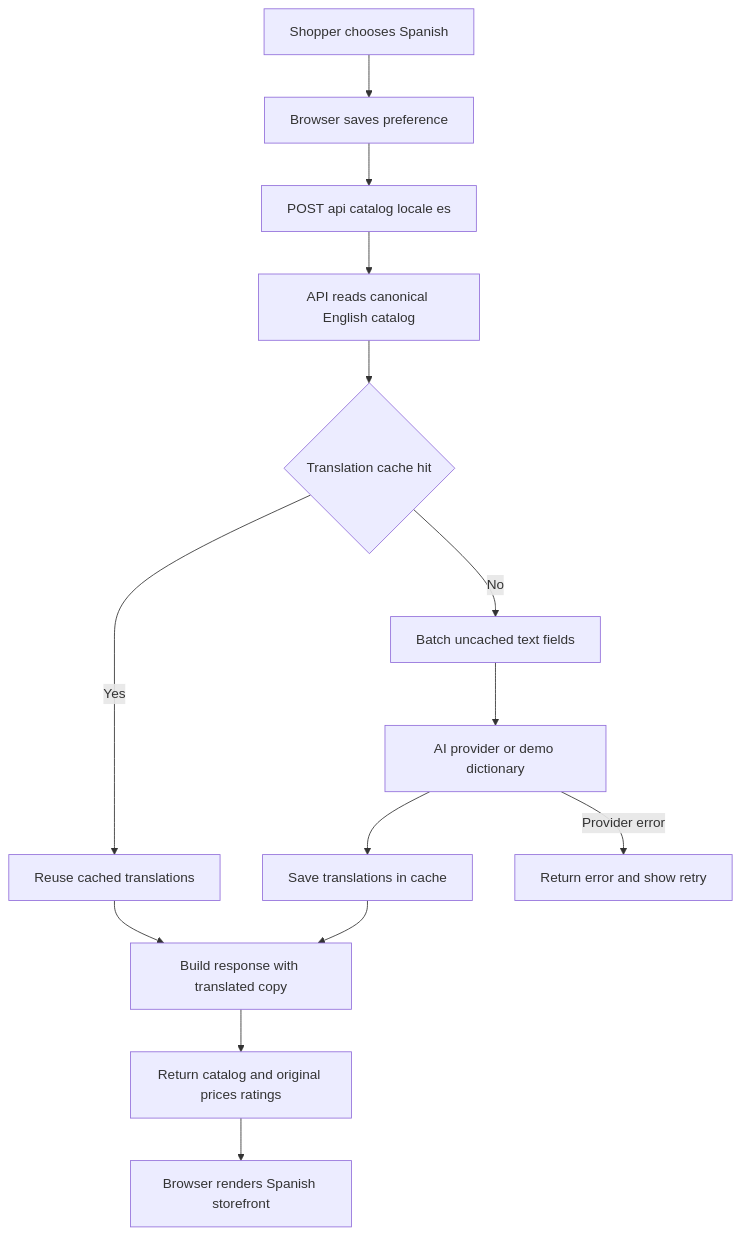
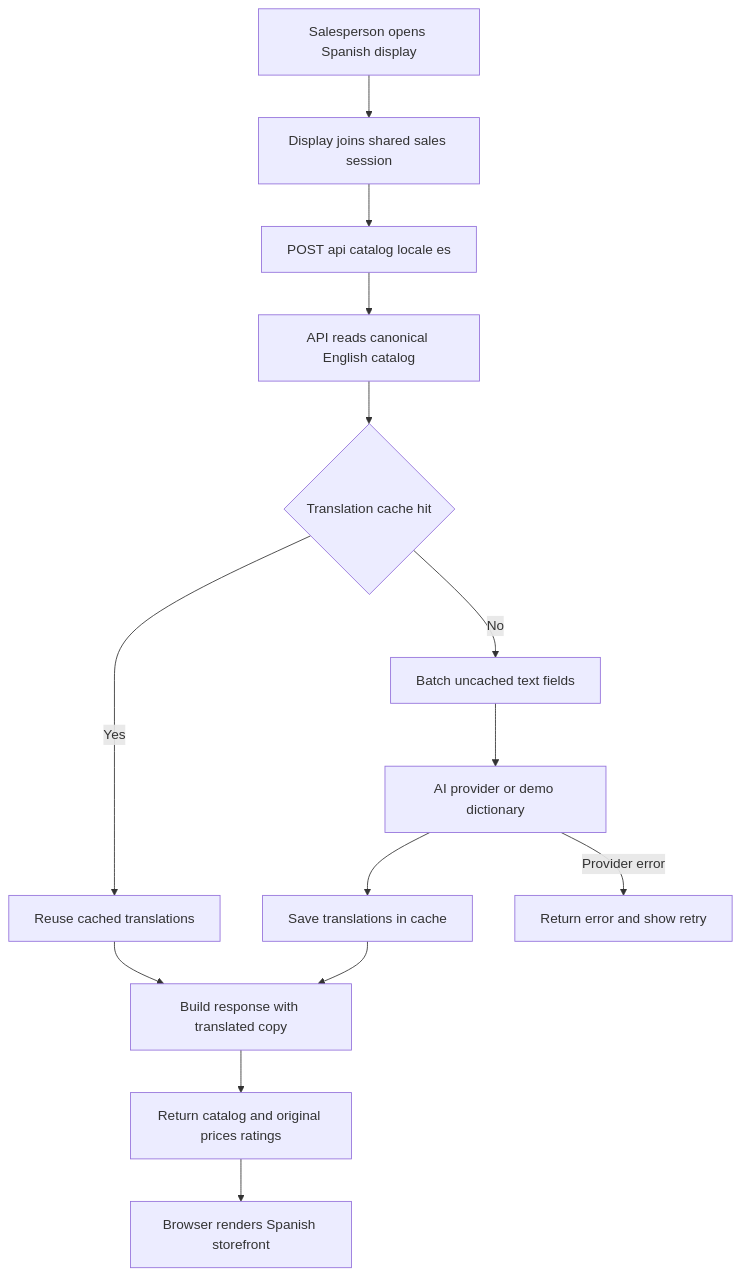
The diagram in README.md (chalb500/spanish-translator), drawn with Mermaid before and after one commit. The commit also changed other lines of this file and 4 other files, not shown here.

````diff
--- a/README.md
+++ b/README.md
@@ -70,16 +76,16 @@
 ```mermaid
 graph TD
-    A[Shopper chooses Spanish] --> B[Browser saves preference]
+    A[Salesperson opens Spanish display] --> B[Display joins shared sales session]
     B --> C[POST api catalog locale es]
     C --> D[API reads canonical English catalog]
     D --> E{Translation cache hit}
     E -->|Yes| H[Reuse cached translations]
     E -->|No| F[Batch uncached text fields]
     F --> G[AI provider or demo dictionary]
     G --> I[Save translations in cache]
     H --> J[Build response with translated copy]
     I --> J
     J --> K[Return catalog and original prices ratings]
     K --> L[Browser renders Spanish storefront]
     G -->|Provider error| M[Return error and show retry]
 ```
````
